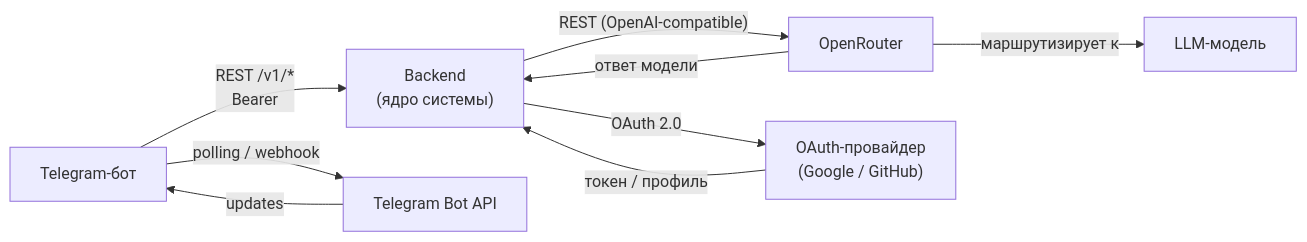
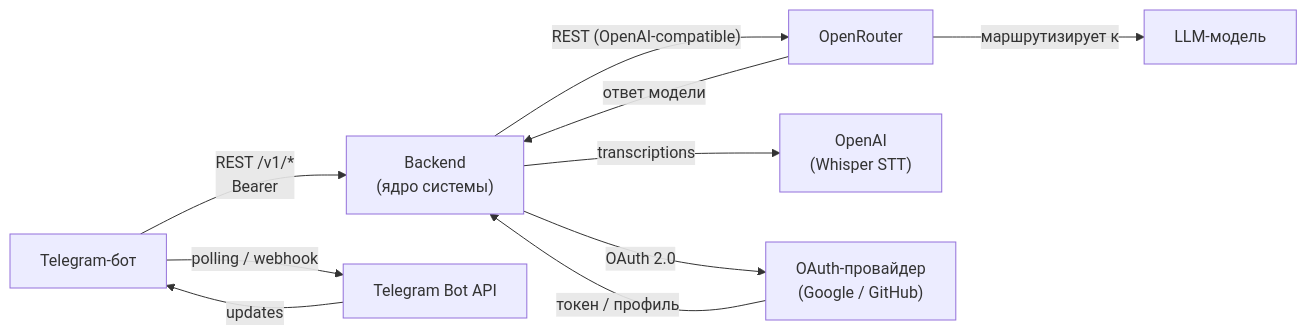
The diagram in docs/integrations.md (bondarenkoalexeynicolaevich/llmstart-fullstack-2-bondarenko), drawn with Mermaid before and after one commit. The commit also changed other lines of this file and 207 other files, not shown here.

````diff
--- a/docs/integrations.md
+++ b/docs/integrations.md
@@ -9,18 +9,20 @@
 ```mermaid
 graph LR
     Backend["Backend\n(ядро системы)"]
     Bot["Telegram-бот"]
     TG["Telegram Bot API"]
     OR["OpenRouter"]
+    OAI["OpenAI\n(Whisper STT)"]
     LLM["LLM-модель"]
     Auth["OAuth-провайдер\n(Google / GitHub)"]
 
     Bot -->|"polling / webhook"| TG
     TG -->|"updates"| Bot
     Bot -->|"REST /v1/*\nBearer"| Backend
     Backend -->|"REST (OpenAI-compatible)"| OR
+    Backend -->|"transcriptions"| OAI
     OR -->|"ответ модели"| Backend
     OR -->|"маршрутизирует к"| LLM
     Backend -->|"OAuth 2.0"| Auth
     Auth -->|"токен / профиль"| Backend
 ```
````
